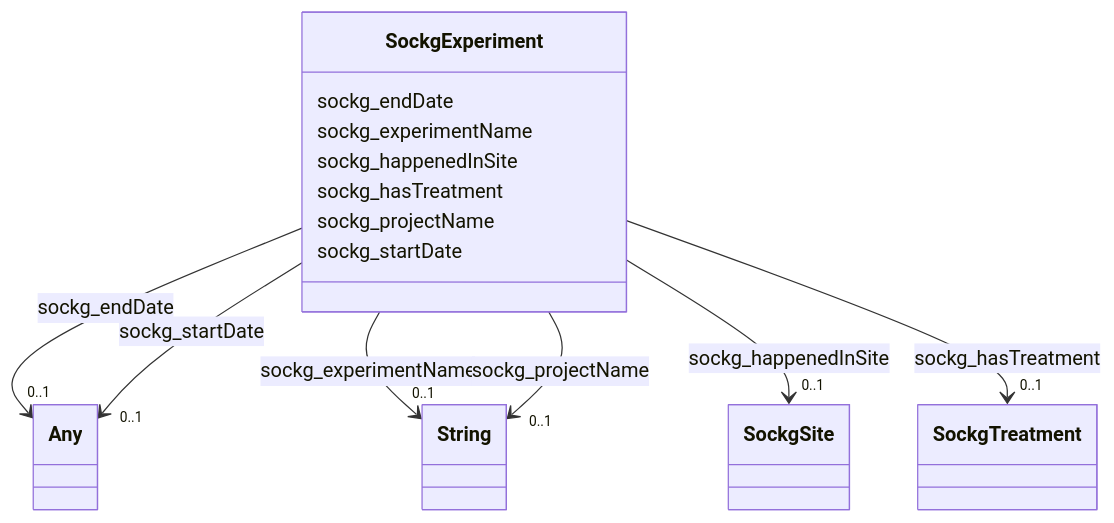
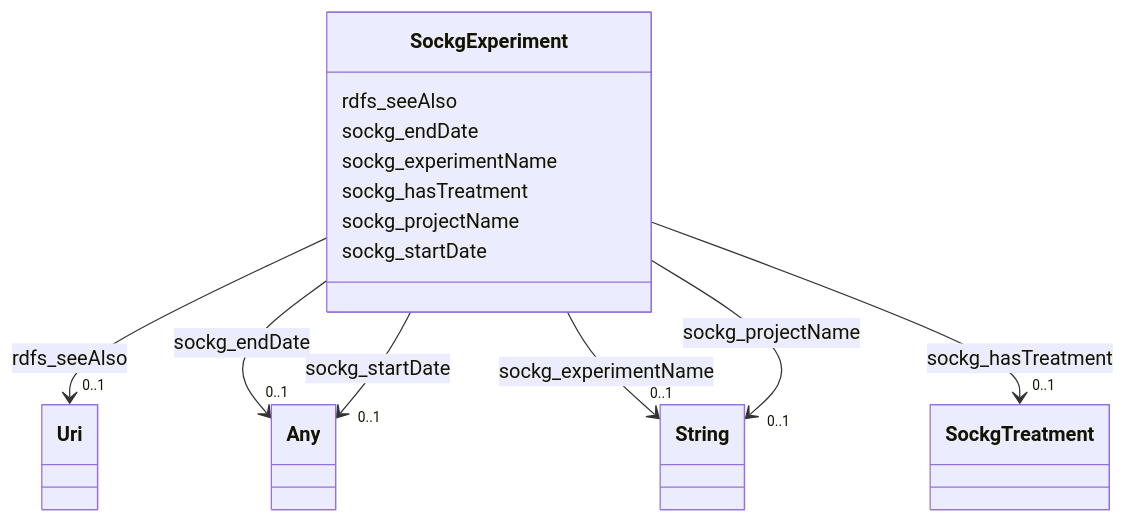
One commit to frink-okn/graph-descriptions changed the diagram in soc-kg/classes/SockgExperiment.md. Above: the diagram before and after it, drawn with Mermaid. The commit also changed other lines of this file and 941 other files, not shown here.

````diff
--- a/soc-kg/classes/SockgExperiment.md
+++ b/soc-kg/classes/SockgExperiment.md
@@ -19,60 +23,60 @@
 ```mermaid
  classDiagram
     class SockgExperiment
     click SockgExperiment href "../SockgExperiment"
+      SockgExperiment : rdfs_seeAlso
+        
+          
+    
+    
+    SockgExperiment --> "0..1" Uri : rdfs_seeAlso
+    click Uri href "../Uri"
+
+        
       SockgExperiment : sockg_endDate
         
           
     
     
     SockgExperiment --> "0..1" Any : sockg_endDate
     click Any href "../Any"
 
         
       SockgExperiment : sockg_experimentName
         
           
     
     
     SockgExperiment --> "0..1" String : sockg_experimentName
     click String href "../String"
-
-        
-      SockgExperiment : sockg_happenedInSite
-        
-          
-    
-    
-    SockgExperiment --> "0..1" SockgSite : sockg_happenedInSite
-    click SockgSite href "../SockgSite"
 
         
       SockgExperiment : sockg_hasTreatment
         
           
     
     
     SockgExperiment --> "0..1" SockgTreatment : sockg_hasTreatment
     click SockgTreatment href "../SockgTreatment"
 
         
       SockgExperiment : sockg_projectName
         
           
     
     
     SockgExperiment --> "0..1" String : sockg_projectName
     click String href "../String"
 
         
       SockgExperiment : sockg_startDate
         
           
     
     
     SockgExperiment --> "0..1" Any : sockg_startDate
     click Any href "../Any"
 
         
       
 ```
````
